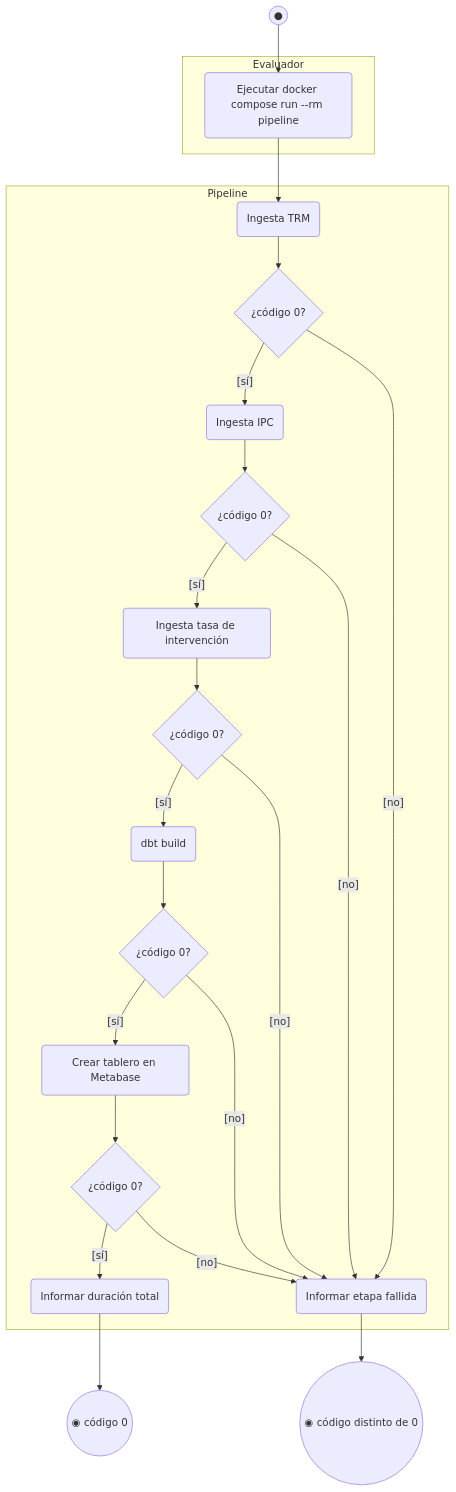
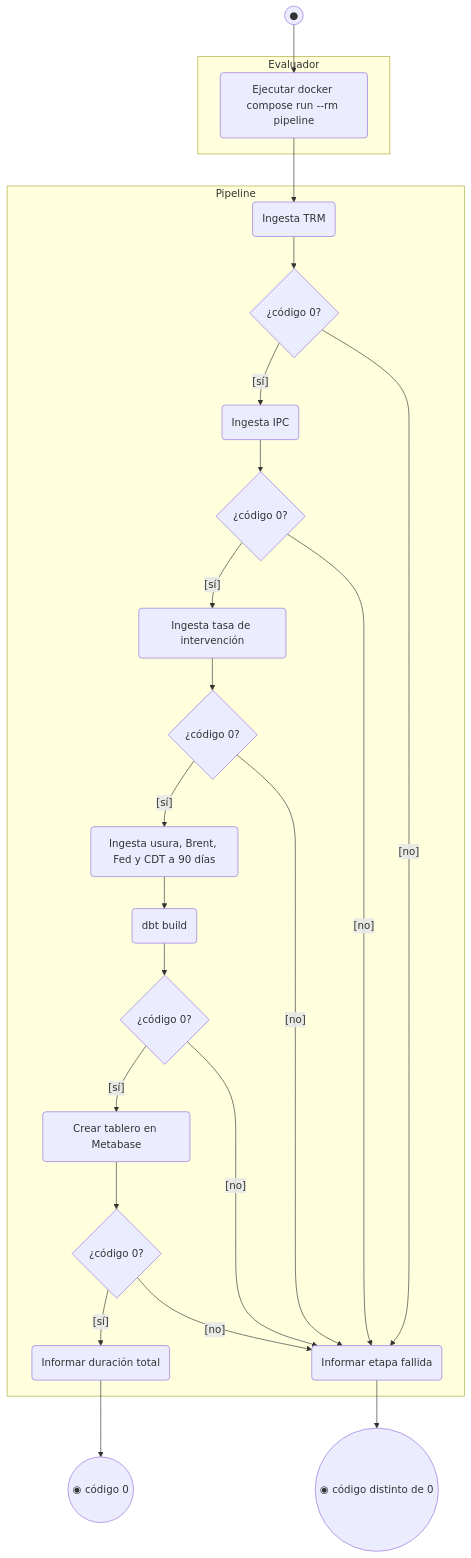
The first of 4 diagrams in docs/diseno/actividades.md (DavidRestrepo66/finco_datalake_david), drawn with Mermaid before and after one commit. The commit also changed other lines of this file and 10 other files, not shown here.

````diff
--- a/docs/diseno/actividades.md
+++ b/docs/diseno/actividades.md
@@ -11,36 +11,37 @@
 ```mermaid
 flowchart TD
     I((●)) --> A
 
     subgraph EV[Evaluador]
         A(Ejecutar docker compose run --rm pipeline)
     end
 
     subgraph PL[Pipeline]
         B(Ingesta TRM)
         C(Ingesta IPC)
         D(Ingesta tasa de intervención)
+        D0(Ingesta usura, Brent, Fed y CDT a 90 días)
         E(dbt build)
         F(Crear tablero en Metabase)
         G(Informar duración total)
         H(Informar etapa fallida)
         D1{¿código 0?}
         D2{¿código 0?}
         D3{¿código 0?}
         D4{¿código 0?}
         D5{¿código 0?}
     end
 
     A --> B --> D1
     D1 -- "[sí]" --> C --> D2
     D2 -- "[sí]" --> D --> D3
-    D3 -- "[sí]" --> E --> D4
+    D3 -- "[sí]" --> D0 --> E --> D4
     D4 -- "[sí]" --> F --> D5
     D5 -- "[sí]" --> G --> OK((◉ código 0))
     D1 -- "[no]" --> H
     D2 -- "[no]" --> H
     D3 -- "[no]" --> H
     D4 -- "[no]" --> H
     D5 -- "[no]" --> H
     H --> KO((◉ código distinto de 0))
 ```
````
